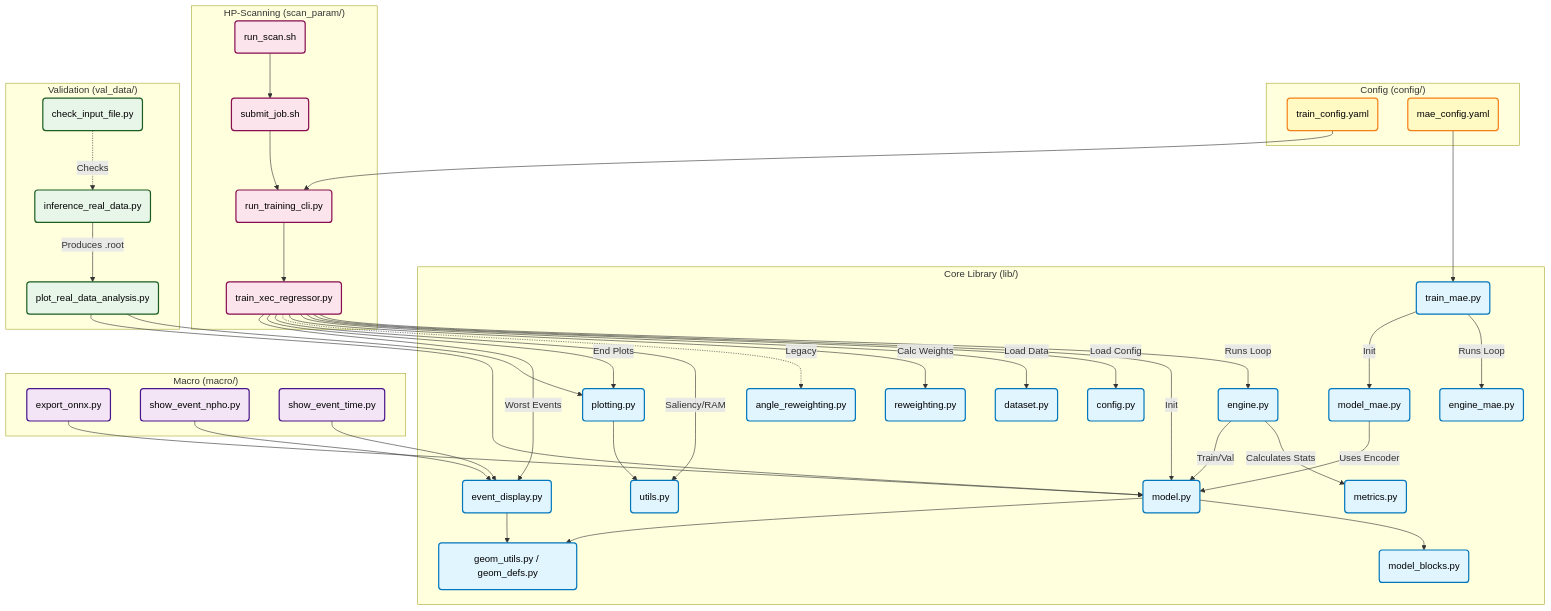
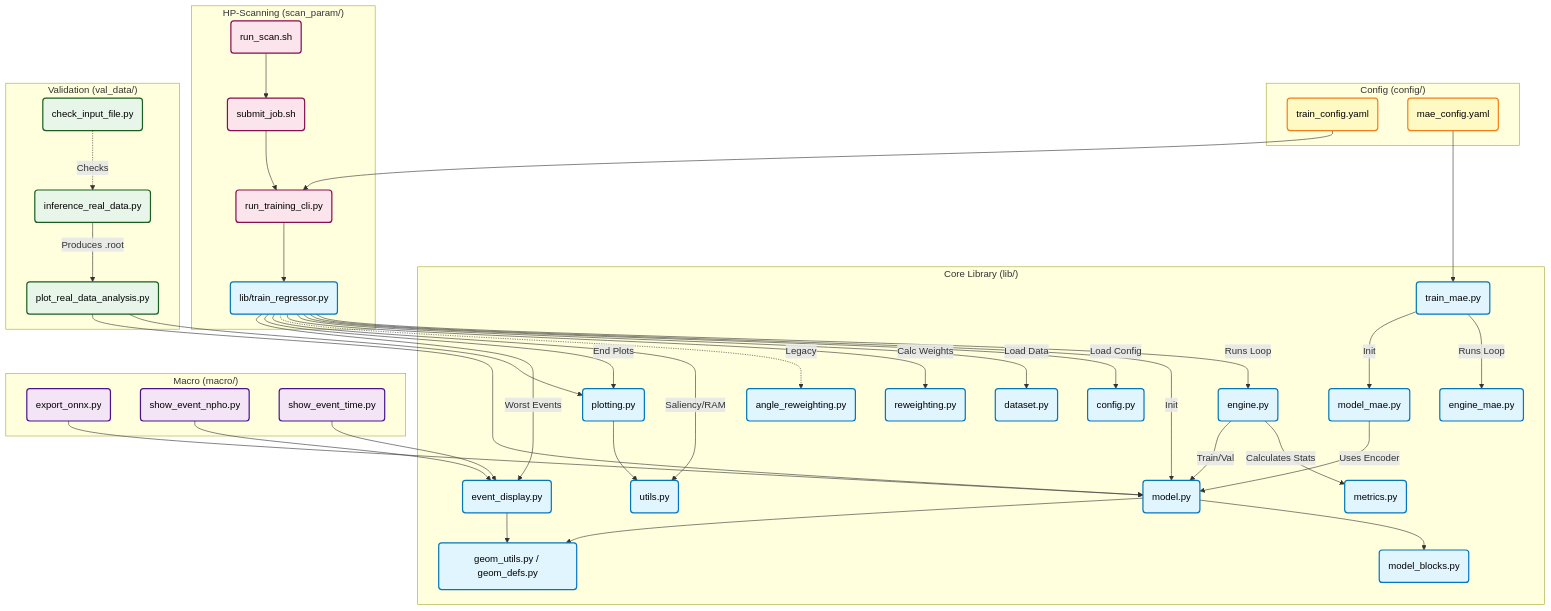
The third of 3 diagrams in README.md (weiyuanli-icepp/xec-ml-wl), drawn with Mermaid before and after one commit. The commit also changed other lines of this file and 9 other files, not shown here.

```diff
--- a/README.md
+++ b/README.md
@@ -722,7 +722,7 @@
         RunScan(run_scan.sh):::scan
         Submit(submit_job.sh):::scan
         CLI(run_training_cli.py):::scan
-        TrainScript(train_xec_regressor.py):::scan
+        TrainScript(lib/train_regressor.py):::lib
     end
 
     %% -- Library Core (Blue) --
```
